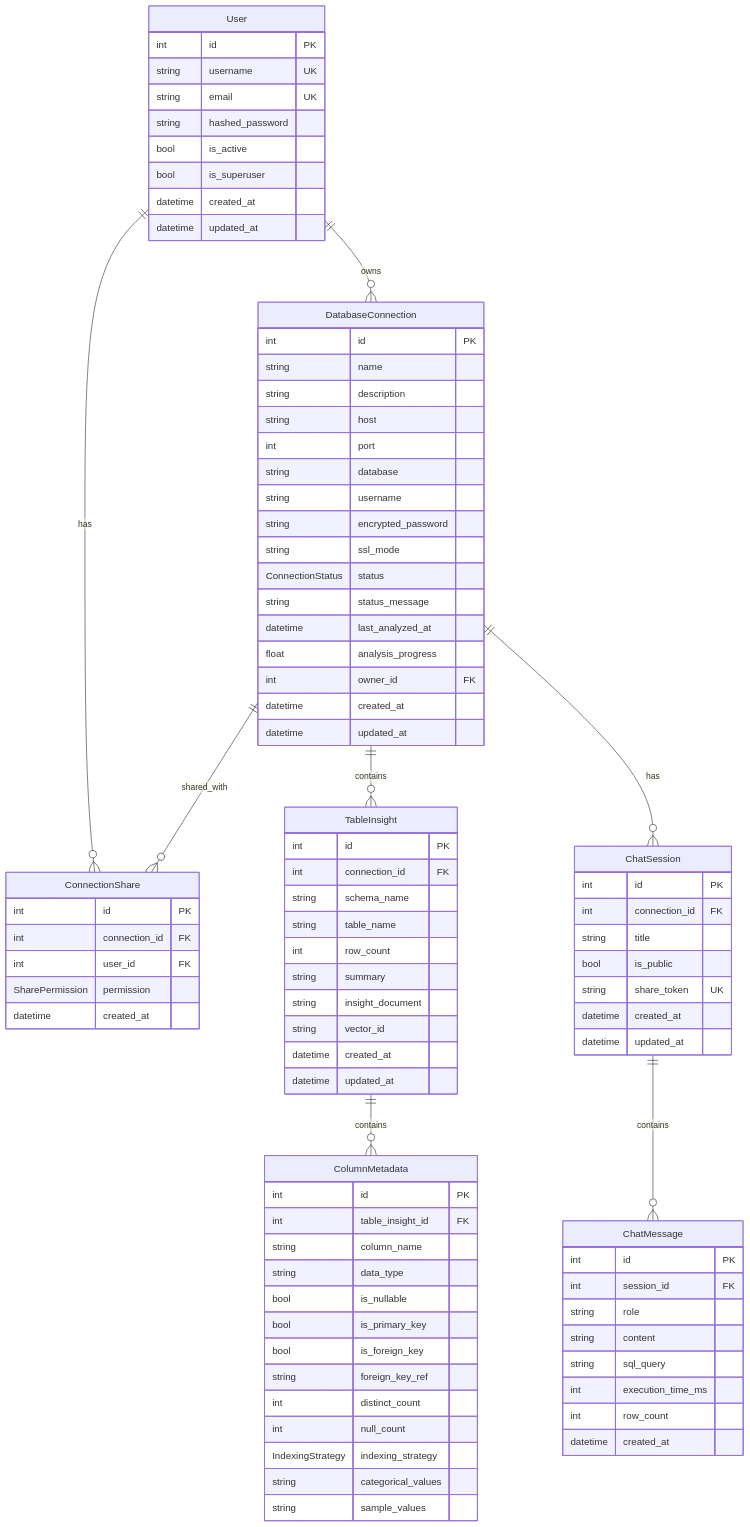
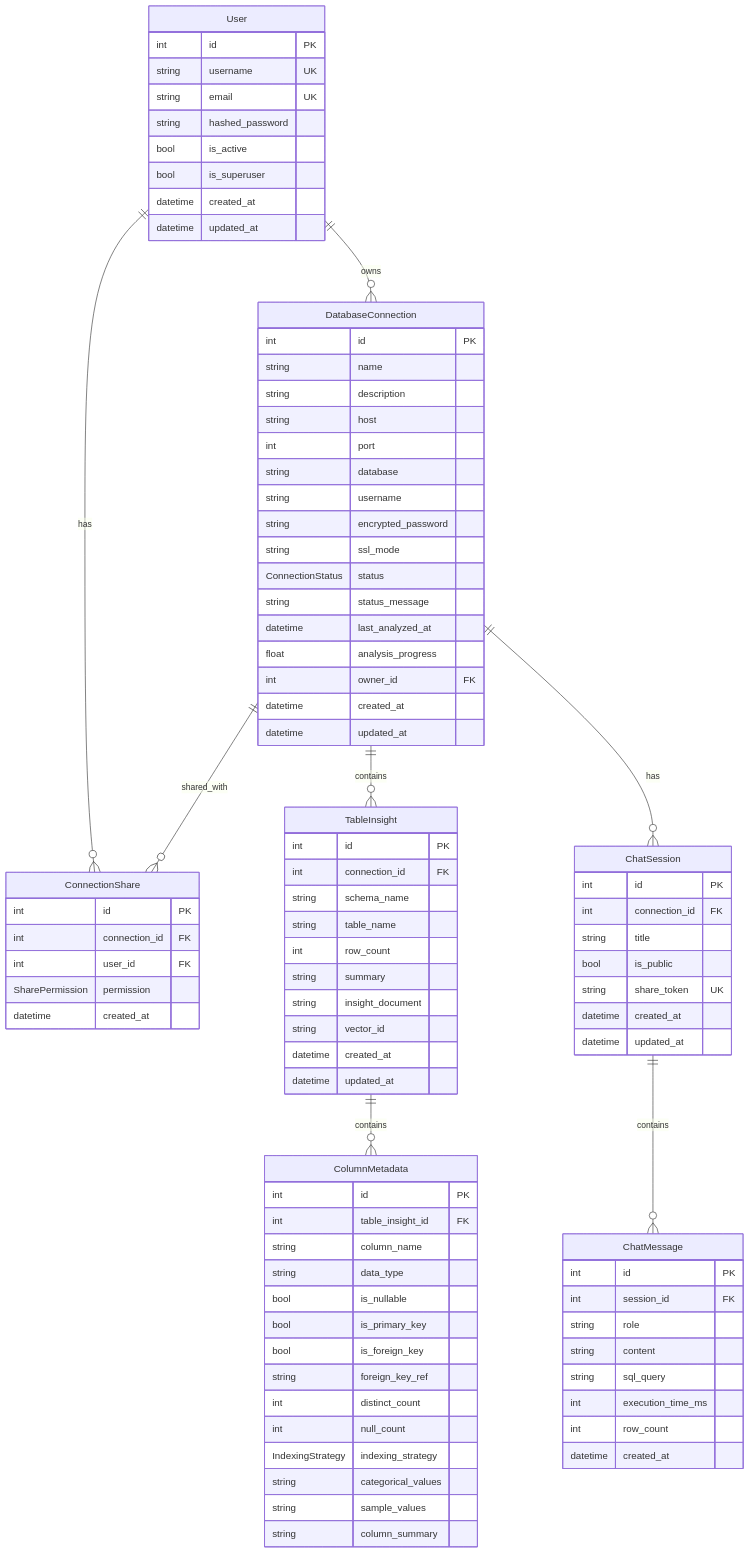
The diagram in docs/04-data-models.md (hoanghy0112/sql-indexing), drawn with Mermaid before and after one commit. The commit also changed other lines of this file and 5 other files, not shown here.

```diff
--- a/docs/04-data-models.md
+++ b/docs/04-data-models.md
@@ -81,6 +81,7 @@
         IndexingStrategy indexing_strategy
         string categorical_values
         string sample_values
+        string column_summary
     }
 
     ChatSession {
```
